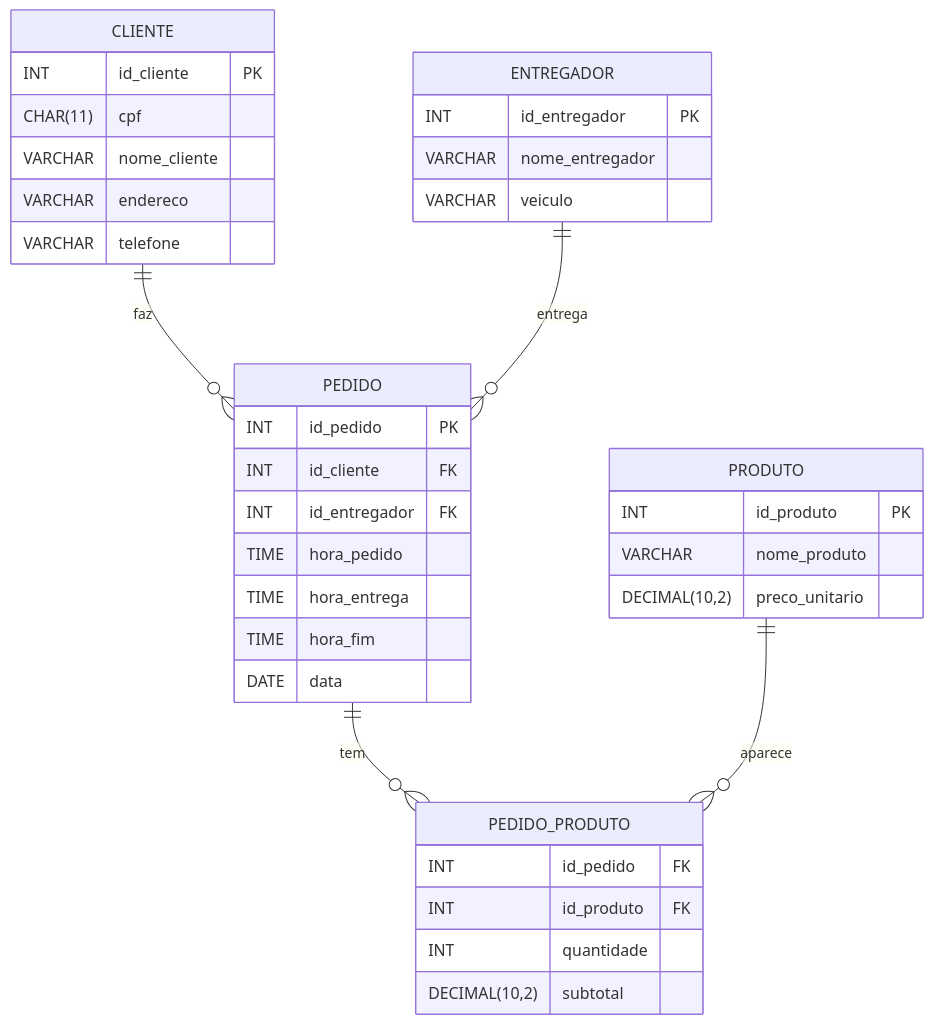
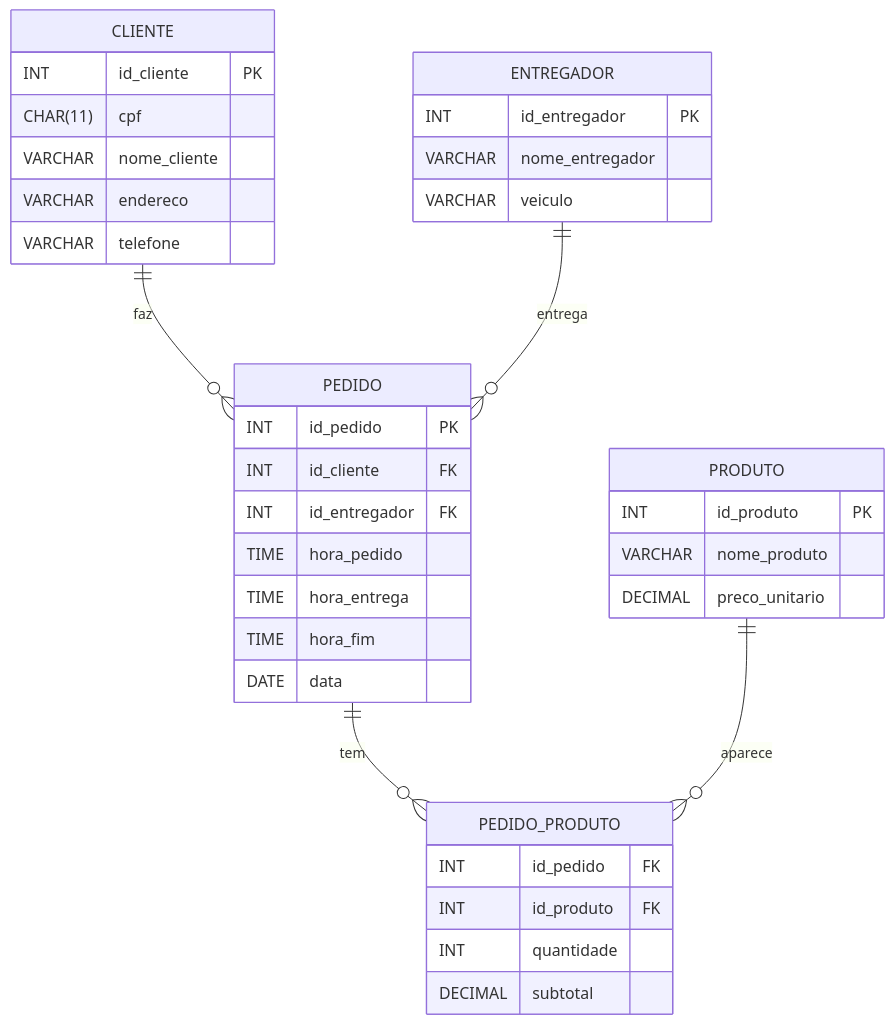
The diagram in ✏️S2_R3 - AT2_BCD/diagrama.md (Matheus-Talasso-Gil/S2-R3-AT1-BCD-e-S2-R3-AT2-BCD), drawn with Mermaid before and after one commit.

Commit message:
Corrija a sintaxe da tipo decimal.

````diff
--- a/✏️S2_R3 - AT2_BCD/diagrama.md
+++ b/✏️S2_R3 - AT2_BCD/diagrama.md
@@ -3,45 +3,45 @@
 ```mermaid
 erDiagram
 
     CLIENTE {
         INT id_cliente PK
         CHAR(11) cpf
         VARCHAR nome_cliente
         VARCHAR endereco
         VARCHAR telefone 
     }
 
     PEDIDO {
         INT id_pedido PK
         INT id_cliente FK
         INT id_entregador FK
         TIME hora_pedido
         TIME hora_entrega
         TIME hora_fim
         DATE data
     }
 
     PRODUTO {
         INT id_produto PK
         VARCHAR nome_produto
-        DECIMAL(10,2) preco_unitario
+        DECIMAL preco_unitario
     }
 
     ENTREGADOR {
         INT id_entregador PK
         VARCHAR nome_entregador
         VARCHAR veiculo
     }
 
     PEDIDO_PRODUTO {
         INT id_pedido FK
         INT id_produto FK
         INT quantidade
-        DECIMAL(10,2) subtotal
+        DECIMAL subtotal
     }
 
     CLIENTE ||--o{ PEDIDO : faz
     ENTREGADOR ||--o{ PEDIDO : entrega
     PEDIDO ||--o{ PEDIDO_PRODUTO : tem
     PRODUTO ||--o{ PEDIDO_PRODUTO : aparece
 ```
````
